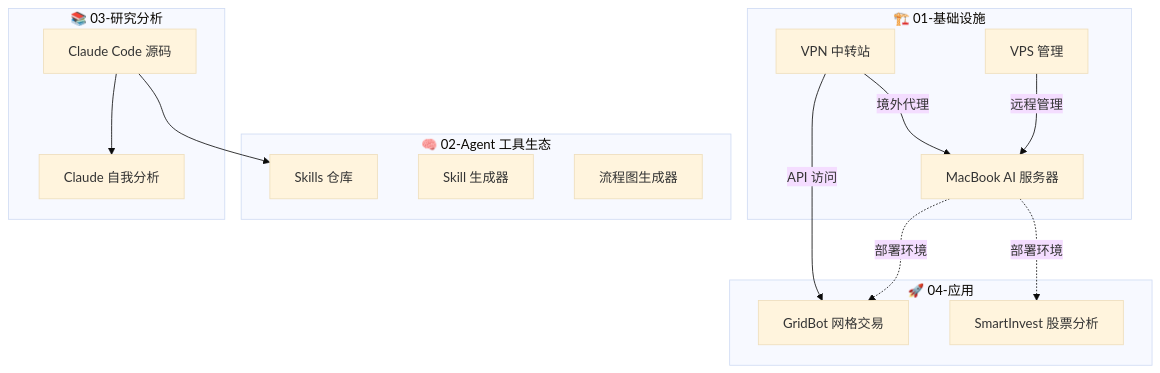
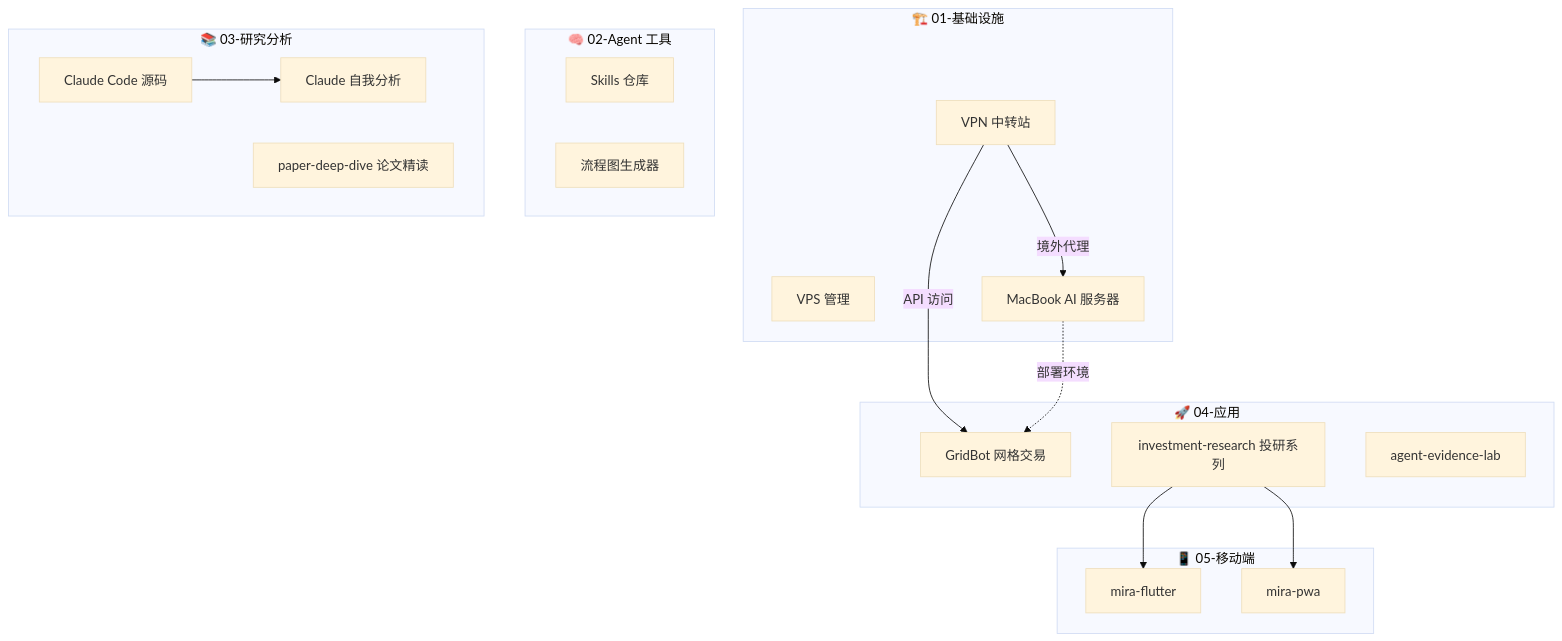
The diagram in README.md (momo0205/ai-instructure), drawn with Mermaid (base theme) before and after one commit. The commit also changed other lines of this file and 1 other file, not shown here.

````diff
--- a/README.md
+++ b/README.md
@@ -9,34 +77,37 @@
 ```mermaid
 graph TD
     subgraph L0["🏗️ 01-基础设施"]
         vpn["VPN 中转站"]
         vps["VPS 管理"]
         macbook["MacBook AI 服务器"]
     end
 
-    subgraph L1["🧠 02-Agent 工具生态"]
+    subgraph L1["🧠 02-Agent 工具"]
         skills["Skills 仓库"]
-        skgen["Skill 生成器"]
         drawio["流程图生成器"]
     end
 
     subgraph L2["📚 03-研究分析"]
         cc_src["Claude Code 源码"]
         cc_ana["Claude 自我分析"]
+        papers["paper-deep-dive 论文精读"]
     end
 
     subgraph L3["🚀 04-应用"]
         gridbot["GridBot 网格交易"]
-        stock["SmartInvest 股票分析"]
+        mira["investment-research 投研系列"]
+        ael["agent-evidence-lab"]
+    end
+
+    subgraph L4["📱 05-移动端"]
+        flutter["mira-flutter"]
+        pwa["mira-pwa"]
     end
 
     vpn -->|境外代理| macbook
-    vps -->|远程管理| macbook
     vpn -->|API 访问| gridbot
-
-cc_src --> cc_ana
-    cc_src --> skills
-
+    cc_src --> cc_ana
     macbook -.->|部署环境| gridbot
-    macbook -.->|部署环境| stock
+    mira --> flutter
+    mira --> pwa
 ```
````
